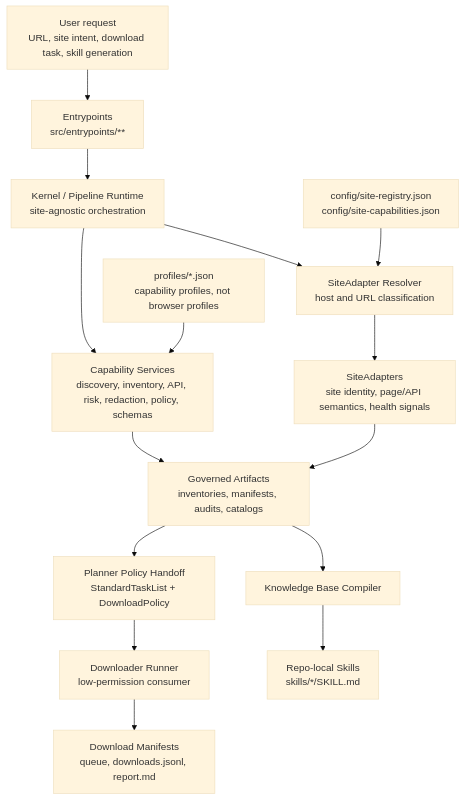
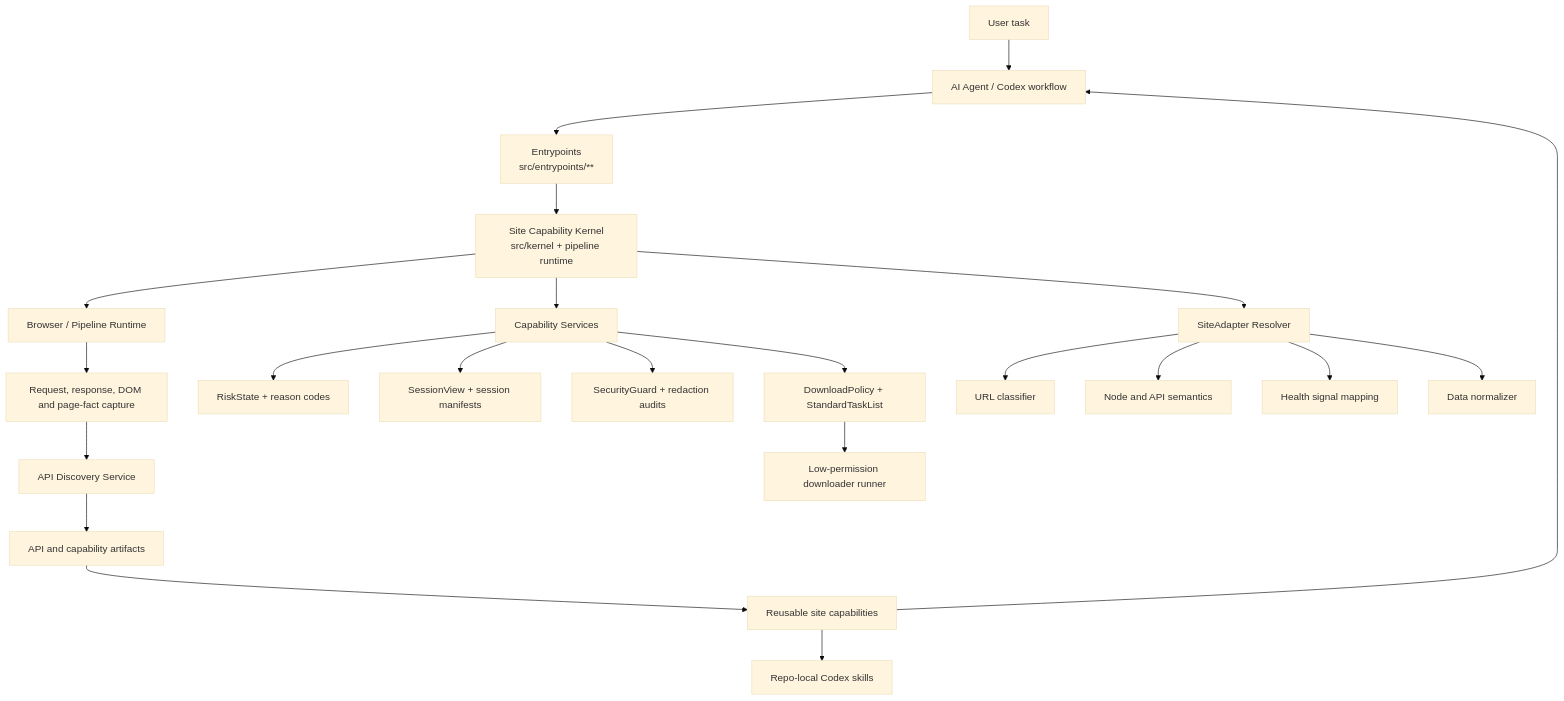
The diagram in README.md (yuetongli-PL/Browser-Wiki-Skill), drawn with Mermaid (base theme) before and after one commit. The commit also changed other lines of this file, not shown here.

````diff
--- a/README.md
+++ b/README.md
@@ -9,22 +128,30 @@
 ```mermaid
-flowchart TB
-    User["User request<br/>URL, site intent, download task, skill generation"] --> Entrypoints["Entrypoints<br/>src/entrypoints/**"]
+flowchart TD
+    User["User task"] --> Agent["AI Agent / Codex workflow"]
 
-    Entrypoints --> Kernel["Kernel / Pipeline Runtime<br/>site-agnostic orchestration"]
-    Kernel --> Services["Capability Services<br/>discovery, inventory, API, risk, redaction, policy, schemas"]
-    Kernel --> AdapterResolver["SiteAdapter Resolver<br/>host and URL classification"]
+    Agent --> Entrypoints["Entrypoints<br/>src/entrypoints/**"]
+    Entrypoints --> Kernel["Site Capability Kernel<br/>src/kernel + pipeline runtime"]
 
-    AdapterResolver --> SiteAdapters["SiteAdapters<br/>site identity, page/API semantics, health signals"]
-    Services --> Artifacts["Governed Artifacts<br/>inventories, manifests, audits, catalogs"]
-    SiteAdapters --> Artifacts
+    Kernel --> Browser["Browser / Pipeline Runtime"]
+    Browser --> Capture["Request, response, DOM and page-fact capture"]
 
-    Artifacts --> Planner["Planner Policy Handoff<br/>StandardTaskList + DownloadPolicy"]
-    Planner --> Downloader["Downloader Runner<br/>low-permission consumer"]
-    Downloader --> DownloadArtifacts["Download Manifests<br/>queue, downloads.jsonl, report.md"]
+    Capture --> Discovery["API Discovery Service"]
+    Discovery --> Knowledge["API and capability artifacts"]
 
-    Artifacts --> KB["Knowledge Base Compiler"]
-    KB --> Skills["Repo-local Skills<br/>skills/*/SKILL.md"]
+    Kernel --> Services["Capability Services"]
+    Services --> Risk["RiskState + reason codes"]
+    Services --> Session["SessionView + session manifests"]
+    Services --> Guard["SecurityGuard + redaction audits"]
+    Services --> Policy["DownloadPolicy + StandardTaskList"]
 
-    Config["config/site-registry.json<br/>config/site-capabilities.json"] --> AdapterResolver
-    Profiles["profiles/*.json<br/>capability profiles, not browser profiles"] --> Services
+    Kernel --> Adapter["SiteAdapter Resolver"]
+    Adapter --> URL["URL classifier"]
+    Adapter --> Semantics["Node and API semantics"]
+    Adapter --> Health["Health signal mapping"]
+    Adapter --> Normalize["Data normalizer"]
+
+    Knowledge --> Capability["Reusable site capabilities"]
+    Policy --> Downloader["Low-permission downloader runner"]
+    Capability --> Skill["Repo-local Codex skills"]
+    Capability --> Agent
 ```
````
